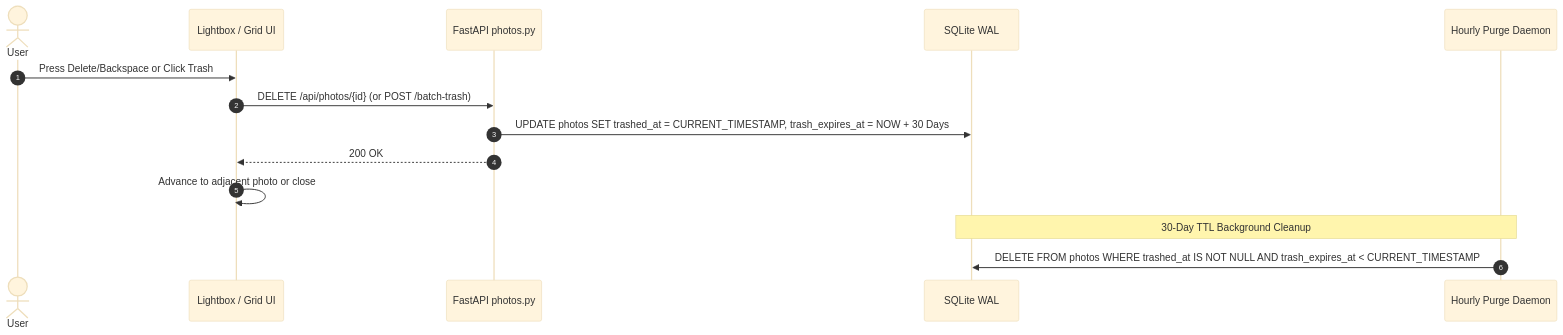
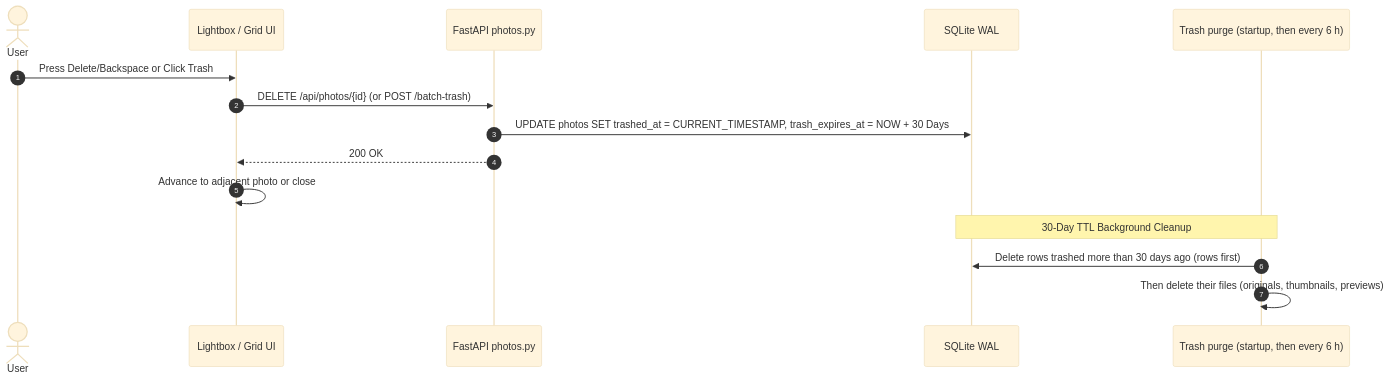
The sixth of 7 diagrams in docs/architecture.md (SumitKanchan4/SecurePhotos), drawn with Mermaid (base theme) before and after one commit. The commit also changed other lines of this file and 15 other files, not shown here.

````diff
--- a/docs/architecture.md
+++ b/docs/architecture.md
@@ -196,18 +171,19 @@
 ```mermaid
 sequenceDiagram
     autonumber
     actor User
     participant Lightbox as Lightbox / Grid UI
     participant API as FastAPI photos.py
     participant DB as SQLite WAL
-    participant Purge as Hourly Purge Daemon
+    participant Purge as Trash purge (startup, then every 6 h)
 
     User->>Lightbox: Press Delete/Backspace or Click Trash
     Lightbox->>API: DELETE /api/photos/{id} (or POST /batch-trash)
     API->>DB: UPDATE photos SET trashed_at = CURRENT_TIMESTAMP, trash_expires_at = NOW + 30 Days
     API-->>Lightbox: 200 OK
     Lightbox->>Lightbox: Advance to adjacent photo or close
 
     Note over DB,Purge: 30-Day TTL Background Cleanup
-    Purge->>DB: DELETE FROM photos WHERE trashed_at IS NOT NULL AND trash_expires_at < CURRENT_TIMESTAMP
+    Purge->>DB: Delete rows trashed more than 30 days ago (rows first)
+    Purge->>Purge: Then delete their files (originals, thumbnails, previews)
 ```
````
